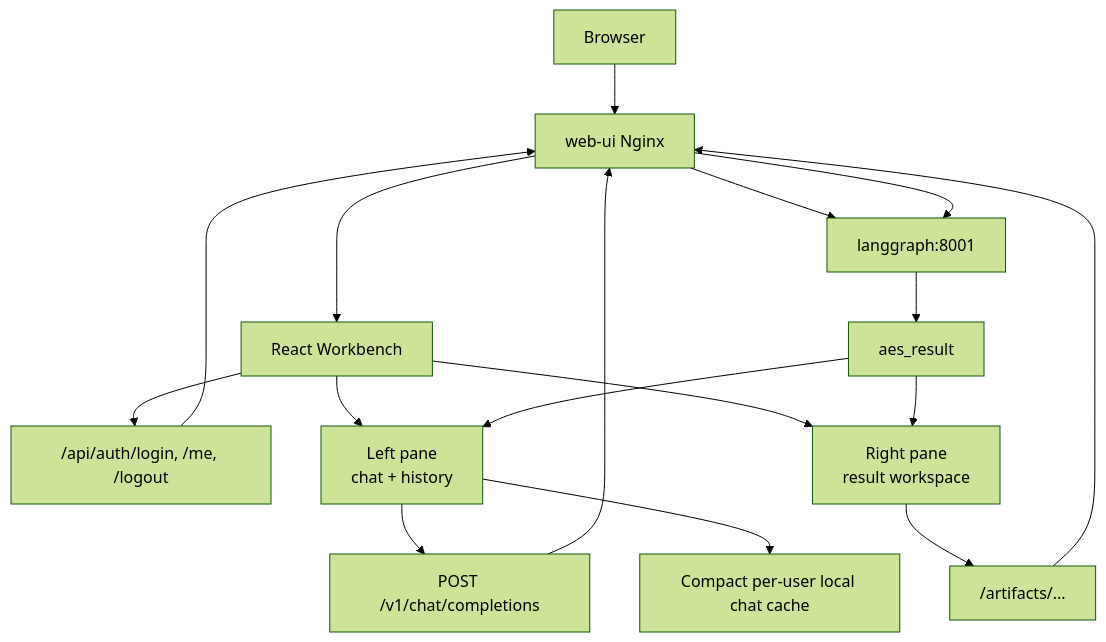
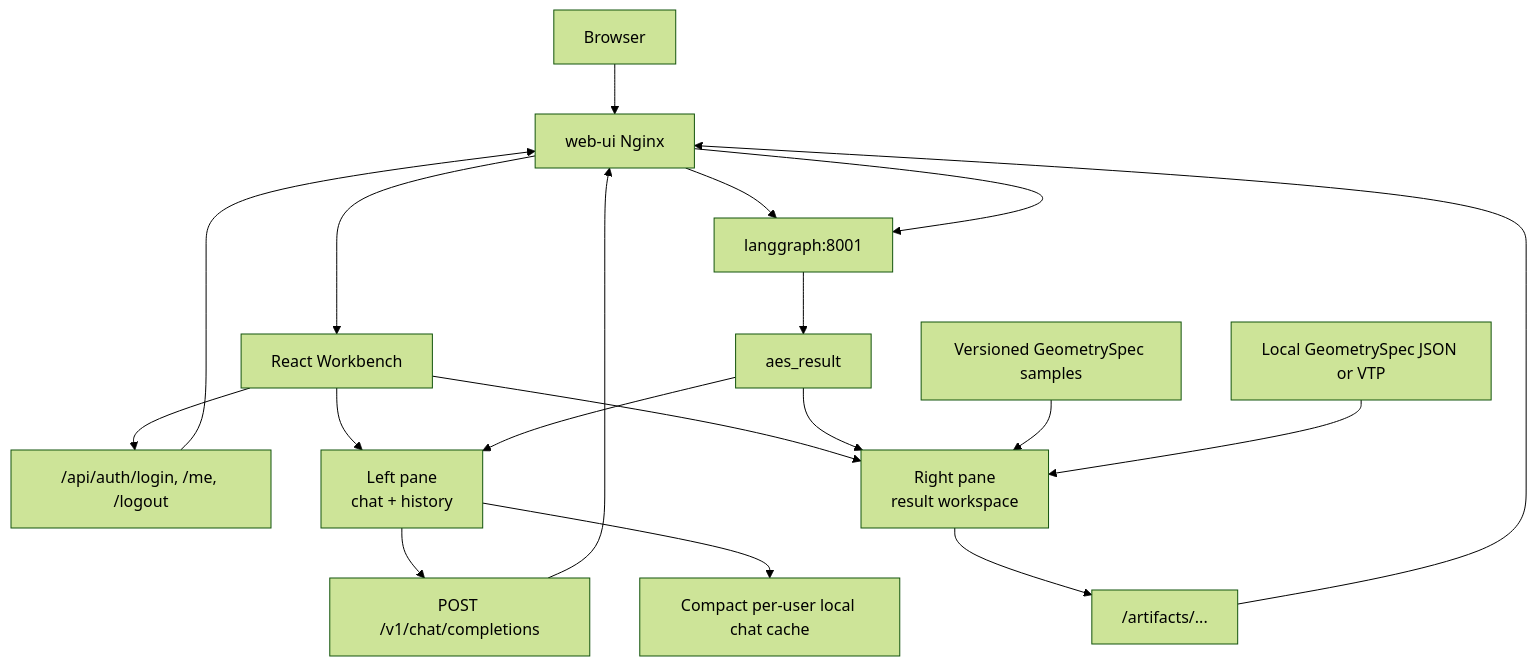
Before and after one commit to RadmirG/AES: the first of 7 diagrams in web-ui/architecture.md, drawn with Mermaid (forest theme). The commit also changed other lines of this file and 40 other files, not shown here.

````diff
--- a/web-ui/architecture.md
+++ b/web-ui/architecture.md
@@ -7,19 +7,21 @@
 ```mermaid
 flowchart TD
     A["Browser"] --> B["web-ui Nginx"]
     B --> C["React Workbench"]
     C --> AUTH["/api/auth/login, /me, /logout"]
     AUTH --> B
     C --> D["Left pane<br/>chat + history"]
     C --> E["Right pane<br/>result workspace"]
     D --> F["POST /v1/chat/completions"]
     F --> B
     B --> G["langgraph:8001"]
     G --> H["aes_result"]
     H --> D
     H --> E
+    SAMPLES["Versioned GeometrySpec samples"] --> E
+    UPLOAD["Local GeometrySpec JSON or VTP"] --> E
     D --> CACHE["Compact per-user local chat cache"]
     E --> I["/artifacts/..."]
     I --> B
     B --> G
 ```
````
